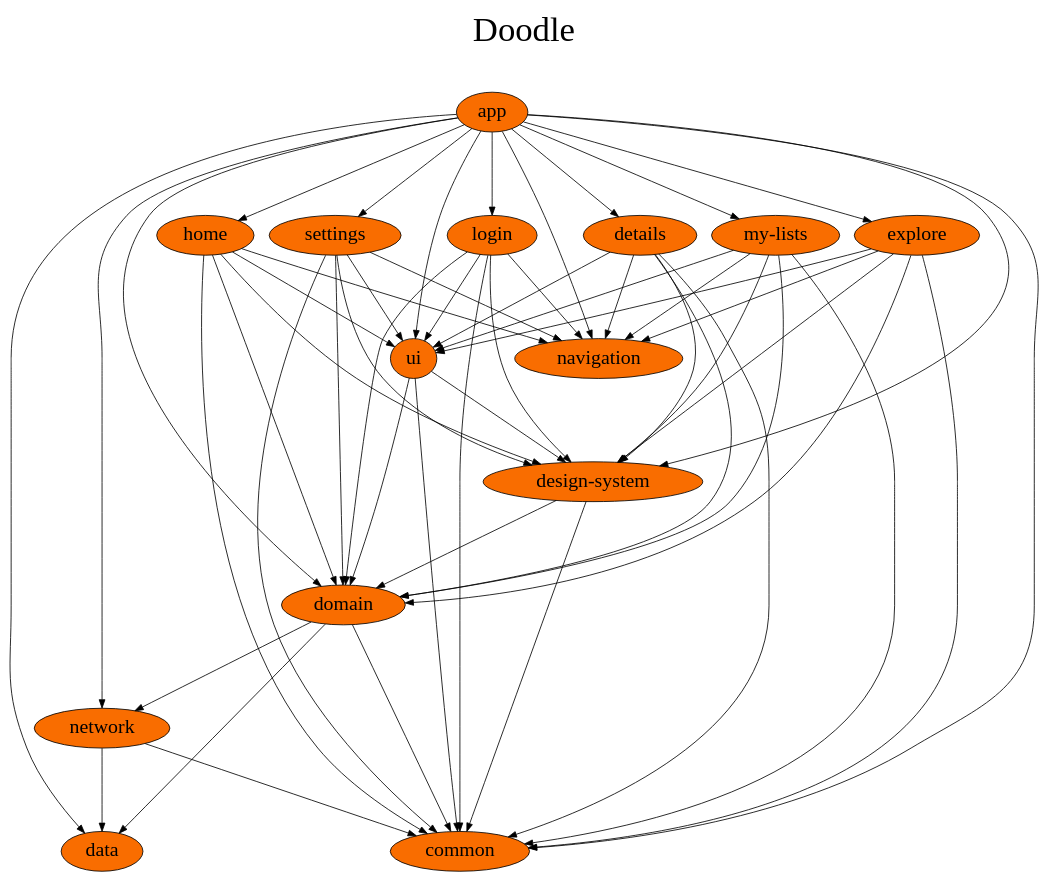
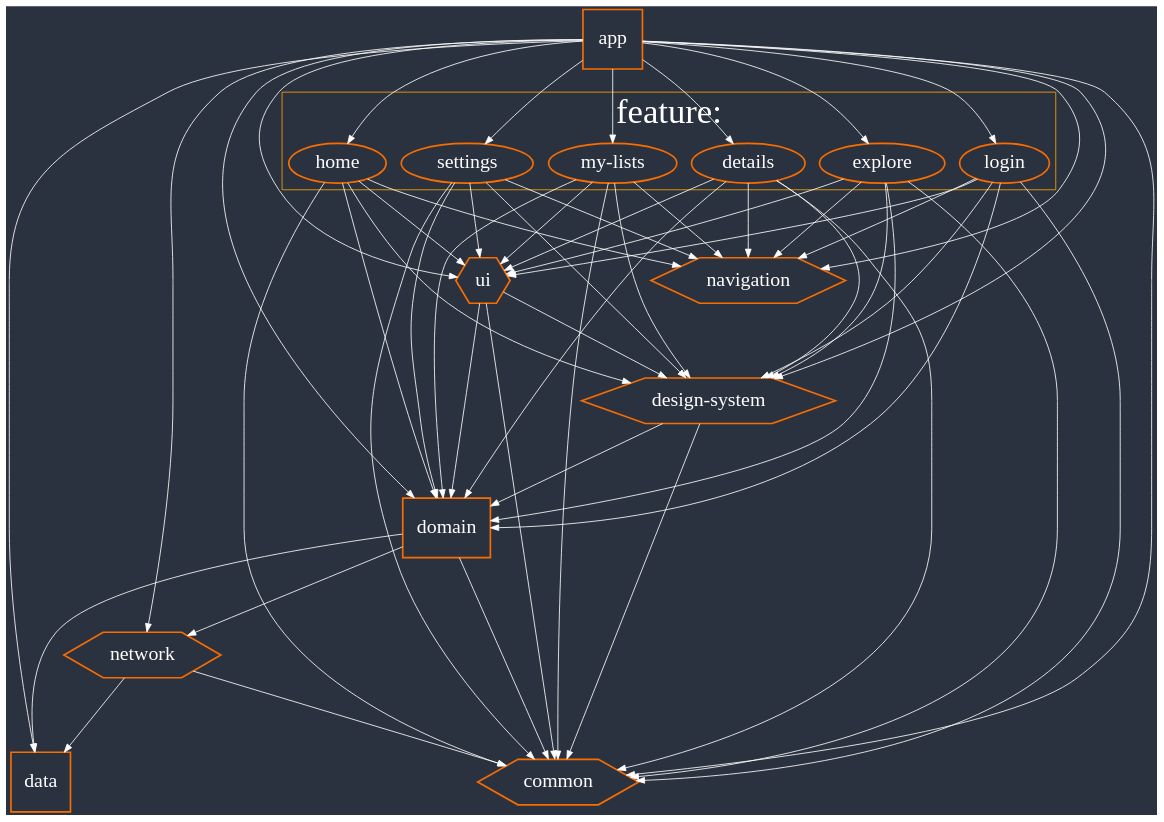
The diagram in tools/dependency-graph/project_digraph.dot (enesky/Doodle), drawn with Graphviz before and after one commit. The commit also changed 2 other files, not shown here.

Commit message:
refactor: DependencyGraphPlugin with new digraph settings

```diff
--- a/tools/dependency-graph/project_digraph.dot
+++ b/tools/dependency-graph/project_digraph.dot
@@ -1,61 +1,75 @@
 digraph {
-  graph [label="Doodle\n ",labelloc=t,fontsize=42,ranksep=1.4];
-  node [style=filled, fillcolor="#F96D00", fontsize=24];
-  rankdir=TB;
 
-  # Dependencies
+    // General settings
+    graph [fontsize=42, ranksep=1.25, bgcolor="#2B323F", fontcolor=white];
+    node [style=bold, color="#F96D00", fontsize=24, fontcolor=white];
+    edge [color=white];
+    rankdir=TB; # Top to bottom
 
-  "app" -> "common"
-  "app" -> "data"
-  "app" -> "design-system"
-  "app" -> "domain"
-  "app" -> "network"
-  "app" -> "navigation"
-  "app" -> "ui"
-  "app" -> "login"
-  "app" -> "home"
-  "app" -> "details"
-  "app" -> "explore"
-  "app" -> "my-lists"
-  "app" -> "settings"
-  "design-system" -> "common"
-  "design-system" -> "domain"
-  "domain" -> "common"
-  "domain" -> "data"
-  "domain" -> "network"
-  "network" -> "common"
-  "network" -> "data"
-  "ui" -> "common"
-  "ui" -> "domain"
-  "ui" -> "design-system"
-  "login" -> "domain"
-  "login" -> "common"
-  "login" -> "design-system"
-  "login" -> "navigation"
-  "login" -> "ui"
-  "home" -> "domain"
-  "home" -> "common"
-  "home" -> "design-system"
-  "home" -> "navigation"
-  "home" -> "ui"
-  "details" -> "domain"
-  "details" -> "common"
-  "details" -> "design-system"
-  "details" -> "navigation"
-  "details" -> "ui"
-  "explore" -> "domain"
-  "explore" -> "common"
-  "explore" -> "design-system"
-  "explore" -> "navigation"
-  "explore" -> "ui"
-  "my-lists" -> "domain"
-  "my-lists" -> "common"
-  "my-lists" -> "design-system"
-  "my-lists" -> "navigation"
-  "my-lists" -> "ui"
-  "settings" -> "domain"
-  "settings" -> "common"
-  "settings" -> "design-system"
-  "settings" -> "navigation"
-  "settings" -> "ui"
+    // Main module settings
+    "app", "data", "domain" [shape=box, height="1", width="1"];
+
+    // Helper module setters
+    "common", "design-system", "ui", "network", "navigation" [shape=hexagon];
+
+    subgraph cluster_feature {
+        label="feature:";
+        color=orange;
+        "login", "home", "details", "explore", "settings", "my-lists";
+    }
+
+    # Dependencies
+    "app" -> "common"
+    "app" -> "data"
+    "app" -> "design-system"
+    "app" -> "domain"
+    "app" -> "network"
+    "app" -> "navigation"
+    "app" -> "ui"
+    "app" -> "login"
+    "app" -> "home"
+    "app" -> "details"
+    "app" -> "explore"
+    "app" -> "my-lists"
+    "app" -> "settings"
+    "design-system" -> "common"
+    "design-system" -> "domain"
+    "domain" -> "common"
+    "domain" -> "data"
+    "domain" -> "network"
+    "network" -> "common"
+    "network" -> "data"
+    "ui" -> "common"
+    "ui" -> "domain"
+    "ui" -> "design-system"
+    "login" -> "domain"
+    "login" -> "common"
+    "login" -> "design-system"
+    "login" -> "navigation"
+    "login" -> "ui"
+    "home" -> "domain"
+    "home" -> "common"
+    "home" -> "design-system"
+    "home" -> "navigation"
+    "home" -> "ui"
+    "details" -> "domain"
+    "details" -> "common"
+    "details" -> "design-system"
+    "details" -> "navigation"
+    "details" -> "ui"
+    "explore" -> "domain"
+    "explore" -> "common"
+    "explore" -> "design-system"
+    "explore" -> "navigation"
+    "explore" -> "ui"
+    "my-lists" -> "domain"
+    "my-lists" -> "common"
+    "my-lists" -> "design-system"
+    "my-lists" -> "navigation"
+    "my-lists" -> "ui"
+    "settings" -> "domain"
+    "settings" -> "common"
+    "settings" -> "design-system"
+    "settings" -> "navigation"
+    "settings" -> "ui"
 }
```
